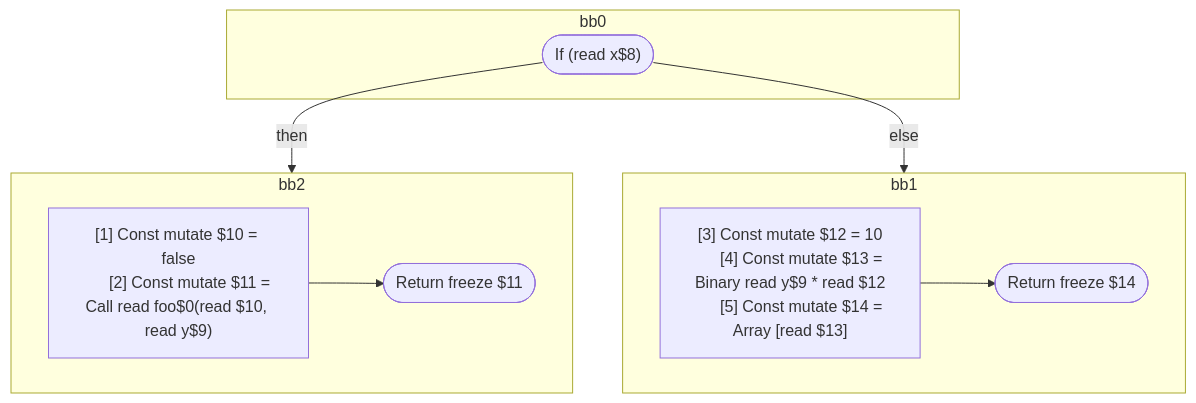
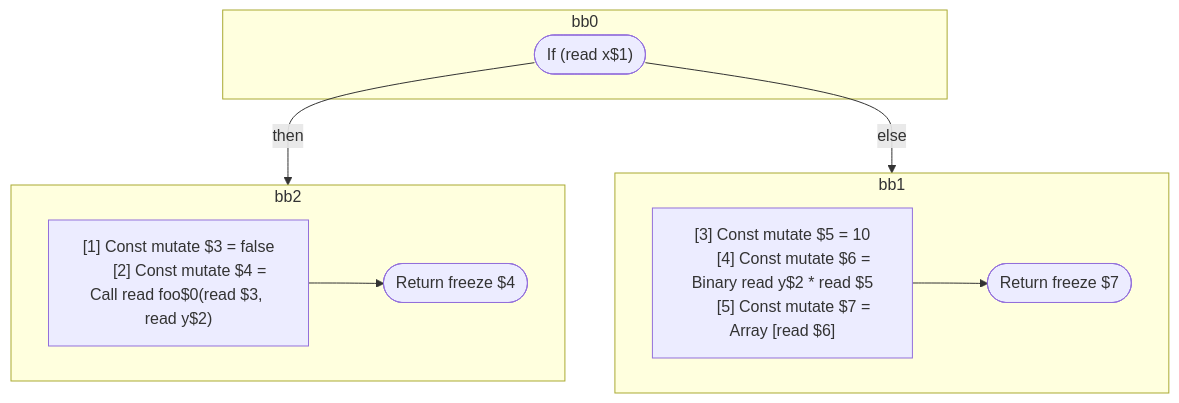
The diagram in compiler/forget/src/__tests__/fixtures/hir/simple.expect.md (wutsmog/private), drawn with Mermaid before and after one commit. The commit also changed other lines of this file and 57 other files, not shown here.

````diff
--- a/compiler/forget/src/__tests__/fixtures/hir/simple.expect.md
+++ b/compiler/forget/src/__tests__/fixtures/hir/simple.expect.md
@@ -34,27 +34,27 @@
 ```mermaid
 flowchart TB
   %% Basic Blocks
   subgraph bb0
-    bb0_terminal(["If (read x$8)"])
+    bb0_terminal(["If (read x$1)"])
   end
   subgraph bb2
     bb2_instrs["
-      [1] Const mutate $10 = false
-      [2] Const mutate $11 = Call read foo$0(read $10, read y$9)
+      [1] Const mutate $3 = false
+      [2] Const mutate $4 = Call read foo$0(read $3, read y$2)
     "]
-    bb2_instrs --> bb2_terminal(["Return freeze $11"])
+    bb2_instrs --> bb2_terminal(["Return freeze $4"])
   end
   subgraph bb1
     bb1_instrs["
-      [3] Const mutate $12 = 10
-      [4] Const mutate $13 = Binary read y$9 * read $12
-      [5] Const mutate $14 = Array [read $13]
+      [3] Const mutate $5 = 10
+      [4] Const mutate $6 = Binary read y$2 * read $5
+      [5] Const mutate $7 = Array [read $6]
     "]
-    bb1_instrs --> bb1_terminal(["Return freeze $14"])
+    bb1_instrs --> bb1_terminal(["Return freeze $7"])
   end
 
   %% Jumps
   bb0_terminal -- then --> bb2
   bb0_terminal -- else --> bb1
 
 ```
````
